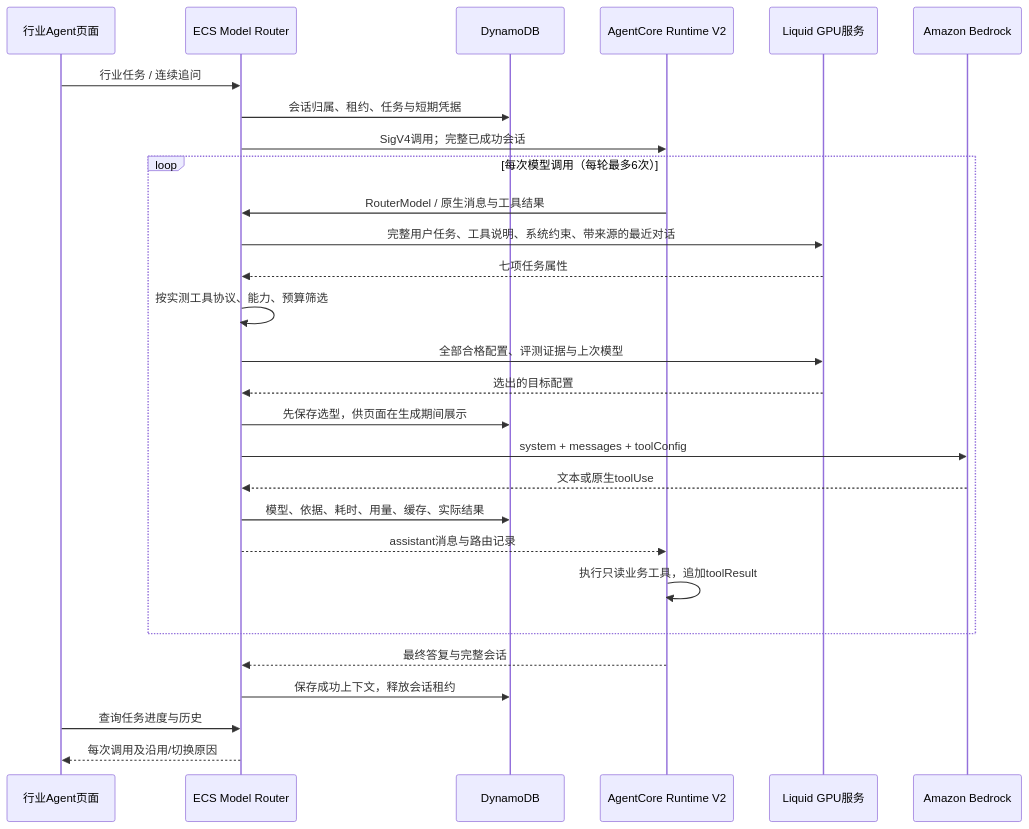
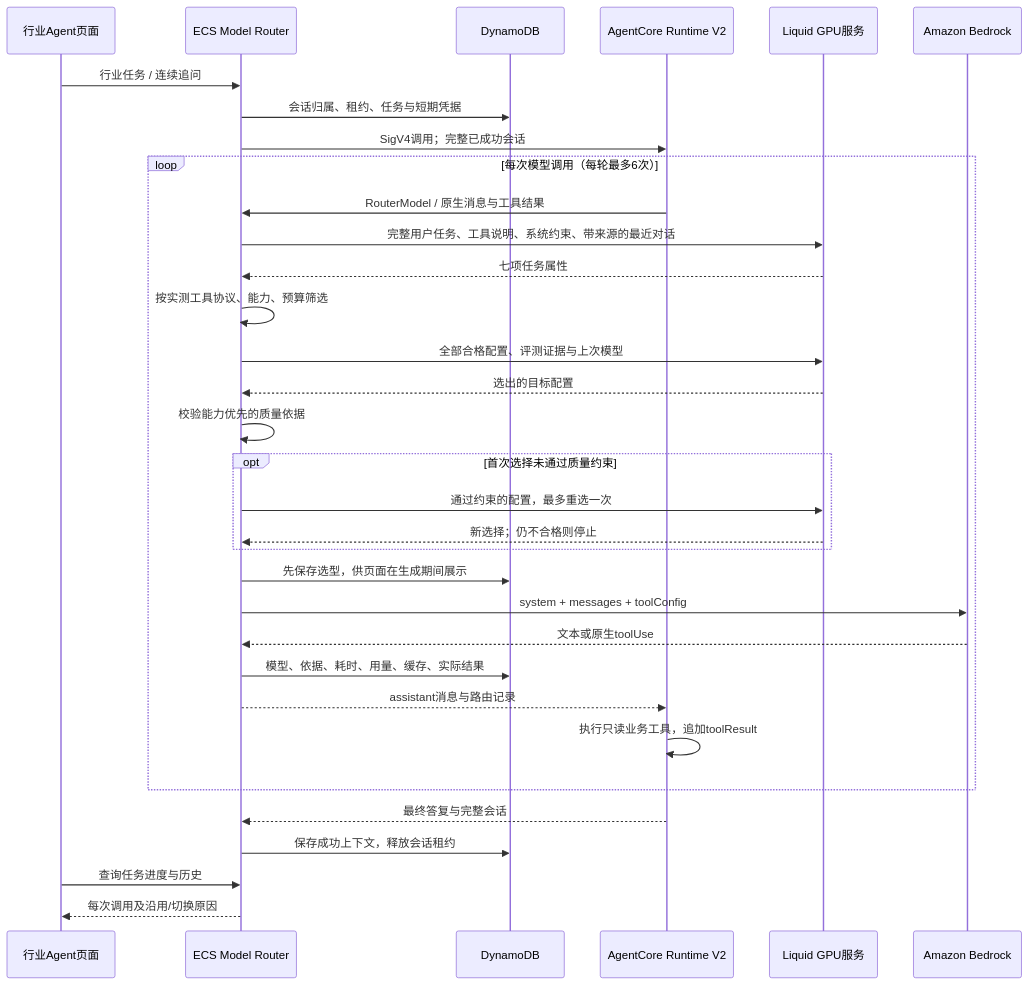
One commit to milan9527/DeciderModelRouter changed the diagram in docs/INDUSTRY_AGENTS.zh.md. Above: the diagram before and after it, drawn with Mermaid. The commit also changed 237 other files, not shown here.

````diff
--- a/docs/INDUSTRY_AGENTS.zh.md
+++ b/docs/INDUSTRY_AGENTS.zh.md
@@ -42,30 +42,35 @@
 ```mermaid
 sequenceDiagram
     participant UI as 行业Agent页面
     participant GW as ECS Model Router
     participant DB as DynamoDB
     participant AC as AgentCore Runtime V2
     participant GPU as Liquid GPU服务
     participant BR as Amazon Bedrock
     UI->>GW: 行业任务 / 连续追问
     GW->>DB: 会话归属、租约、任务与短期凭据
     GW->>AC: SigV4调用；完整已成功会话
     loop 每次模型调用（每轮最多6次）
         AC->>GW: RouterModel / 原生消息与工具结果
         GW->>GPU: 完整用户任务、工具说明、系统约束、带来源的最近对话
         GPU-->>GW: 七项任务属性
         GW->>GW: 按实测工具协议、能力、预算筛选
         GW->>GPU: 全部合格配置、评测证据与上次模型
         GPU-->>GW: 选出的目标配置
+        GW->>GW: 校验能力优先的质量依据
+        opt 首次选择未通过质量约束
+            GW->>GPU: 通过约束的配置，最多重选一次
+            GPU-->>GW: 新选择；仍不合格则停止
+        end
         GW->>DB: 先保存选型，供页面在生成期间展示
         GW->>BR: system + messages + toolConfig
         BR-->>GW: 文本或原生toolUse
         GW->>DB: 模型、依据、耗时、用量、缓存、实际结果
         GW-->>AC: assistant消息与路由记录
         AC->>AC: 执行只读业务工具，追加toolResult
     end
     AC-->>GW: 最终答复与完整会话
     GW->>DB: 保存成功上下文，释放会话租约
     UI->>GW: 查询任务进度与历史
     GW-->>UI: 每次调用及沿用/切换原因
 ```
````
